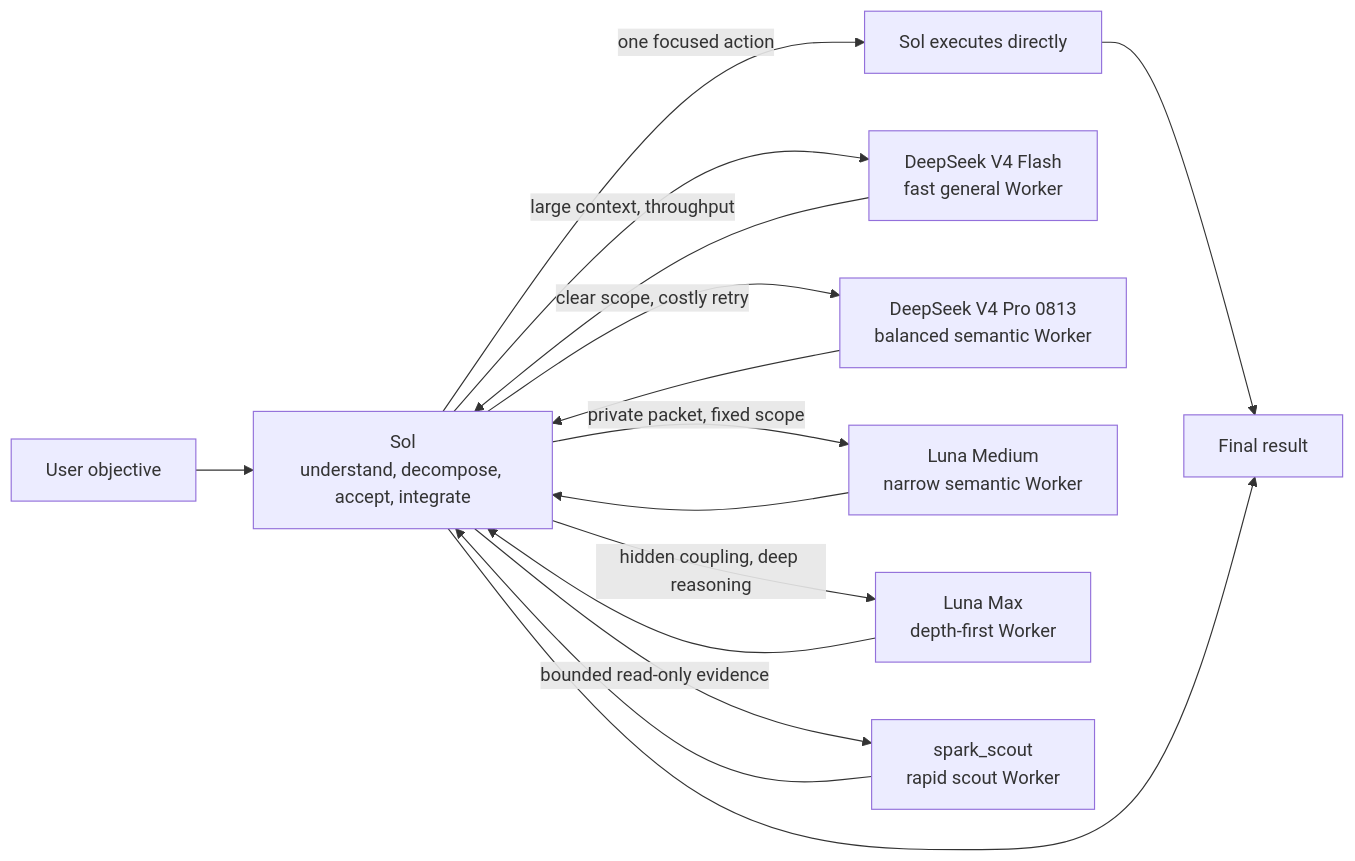
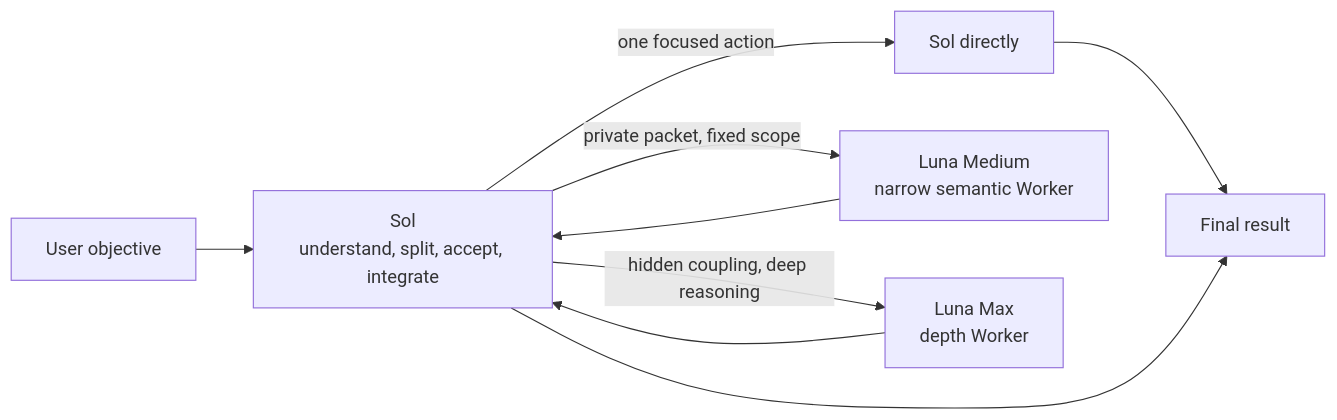
One commit to liuyejinghong/sol-worker-routing-codex changed the diagram in README.en.md. Above: the diagram before and after it, drawn with Mermaid. The commit also changed other lines of this file and 13 other files, not shown here.

First line of the commit message:
v0.12.0 feat: adopt HERO and Luna-only routing (#8)

````diff
--- a/README.en.md
+++ b/README.en.md
@@ -62,17 +44,11 @@
 ```mermaid
 flowchart LR
-    U["User objective"] --> S["Sol<br/>understand, decompose, accept, integrate"]
-    S -->|"one focused action"| D["Sol executes directly"]
-    S -->|"large context, throughput"| DS["DeepSeek V4 Flash<br/>fast general Worker"]
-    S -->|"clear scope, costly retry"| DP["DeepSeek V4 Pro 0813<br/>balanced semantic Worker"]
+    U["User objective"] --> S["Sol<br/>understand, split, accept, integrate"]
+    S -->|"one focused action"| D["Sol directly"]
     S -->|"private packet, fixed scope"| LM["Luna Medium<br/>narrow semantic Worker"]
-    S -->|"hidden coupling, deep reasoning"| L["Luna Max<br/>depth-first Worker"]
-    S -->|"bounded read-only evidence"| SS["spark_scout<br/>rapid scout Worker"]
+    S -->|"hidden coupling, deep reasoning"| L["Luna Max<br/>depth Worker"]
     D --> O["Final result"]
-    DS --> S
-    DP --> S
     LM --> S
     L --> S
-    SS --> S
     S --> O
 ```
````
